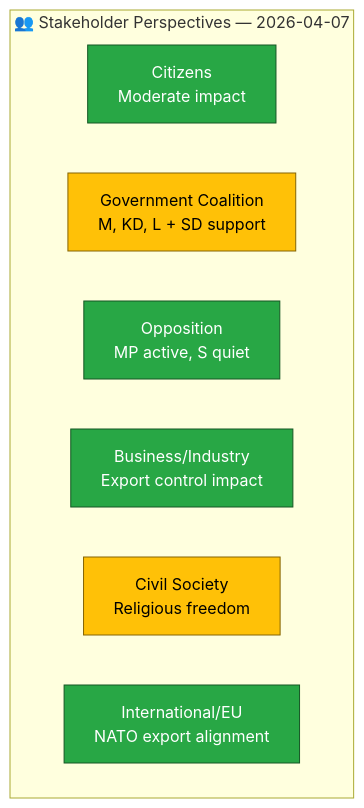
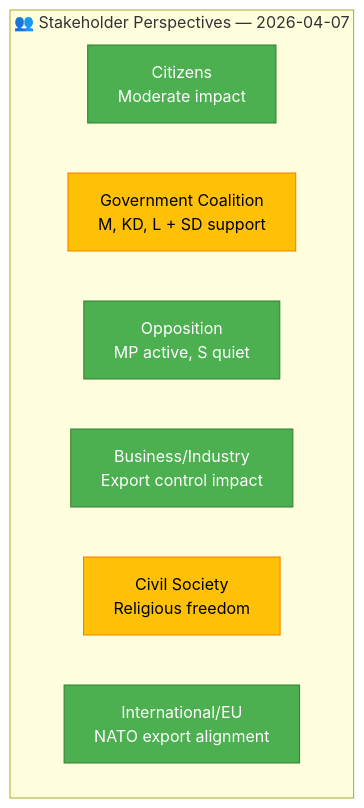
One commit to Hack23/riksdagsmonitor changed the diagram in analysis/daily/2026-04-07/realtime-1411/stakeholder-perspectives.md. Above: the diagram before and after it, drawn with Mermaid. The commit also changed 785 other files, not shown here.

First line of the commit message:
Normalize mermaid colors across 786 analysis artifacts to ISMS Style Guide palette

````diff
--- a/analysis/daily/2026-04-07/realtime-1411/stakeholder-perspectives.md
+++ b/analysis/daily/2026-04-07/realtime-1411/stakeholder-perspectives.md
@@ -13,17 +13,17 @@
 ```mermaid
 graph TD
     subgraph "👥 Stakeholder Perspectives — 2026-04-07"
         CIT["Citizens<br>Moderate impact"]
         GOV["Government Coalition<br>M, KD, L + SD support"]
         OPP["Opposition<br>MP active, S quiet"]
         BIZ["Business/Industry<br>Export control impact"]
         CIVIL["Civil Society<br>Religious freedom"]
         INTL["International/EU<br>NATO export alignment"]
     end
-    style CIT fill:#28a745,stroke:#155724,color:#fff
-    style GOV fill:#ffc107,stroke:#856404,color:#000
-    style OPP fill:#28a745,stroke:#155724,color:#fff
-    style BIZ fill:#28a745,stroke:#155724,color:#fff
-    style CIVIL fill:#ffc107,stroke:#856404,color:#000
-    style INTL fill:#28a745,stroke:#155724,color:#fff
+    style CIT fill:#4CAF50,stroke:#2E7D32,color:#FFFFFF
+    style GOV fill:#FFC107,stroke:#F57C00,color:#000000
+    style OPP fill:#4CAF50,stroke:#2E7D32,color:#FFFFFF
+    style BIZ fill:#4CAF50,stroke:#2E7D32,color:#FFFFFF
+    style CIVIL fill:#FFC107,stroke:#F57C00,color:#000000
+    style INTL fill:#4CAF50,stroke:#2E7D32,color:#FFFFFF
 ```
````
